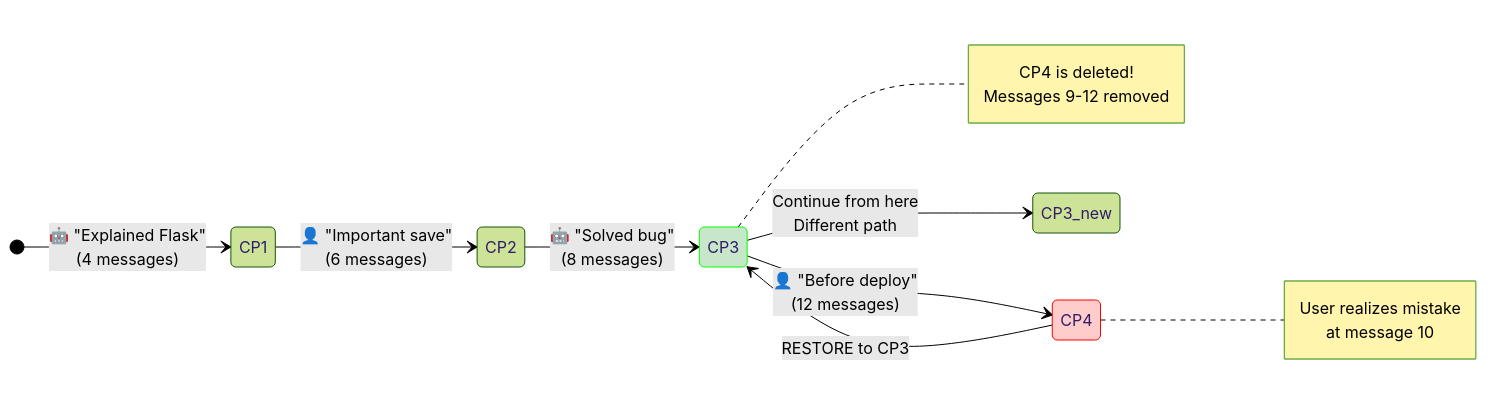
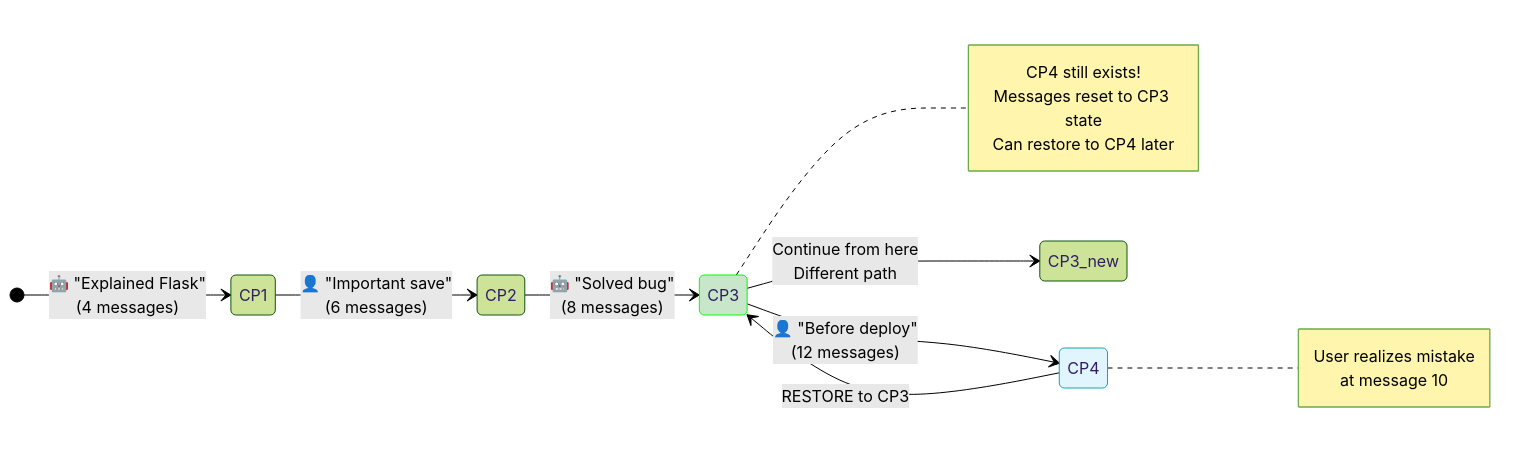
One commit to Panegyric0926/checkpoint changed diagram 18 of 24 in docs/TIME_TRAVEL.md. Above: the diagram before and after it, drawn with Mermaid (forest theme). The commit also changed other lines of this file and 3 other files, not shown here.

````diff
--- a/docs/TIME_TRAVEL.md
+++ b/docs/TIME_TRAVEL.md
@@ -765,20 +765,20 @@
 ```mermaid
 stateDiagram-v2
     direction LR
     
     [*] --> CP1: 🤖 "Explained Flask"<br/>(4 messages)
     CP1 --> CP2: 👤 "Important save"<br/>(6 messages)
     CP2 --> CP3: 🤖 "Solved bug"<br/>(8 messages)
     CP3 --> CP4: 👤 "Before deploy"<br/>(12 messages)
     
     note right of CP4: User realizes mistake<br/>at message 10
     
     CP4 --> CP3: RESTORE to CP3
     
-    note right of CP3: CP4 is deleted!<br/>Messages 9-12 removed
+    note right of CP3: CP4 still exists!<br/>Messages reset to CP3 state<br/>Can restore to CP4 later
     
     CP3 --> CP3_new: Continue from here<br/>Different path
     
-    style CP4 fill:#ffcccc,stroke:#ff0000
+    style CP4 fill:#e1f5fe,stroke:#17a2b8
     style CP3 fill:#c8e6c9,stroke:#00ff00
 ```
````
